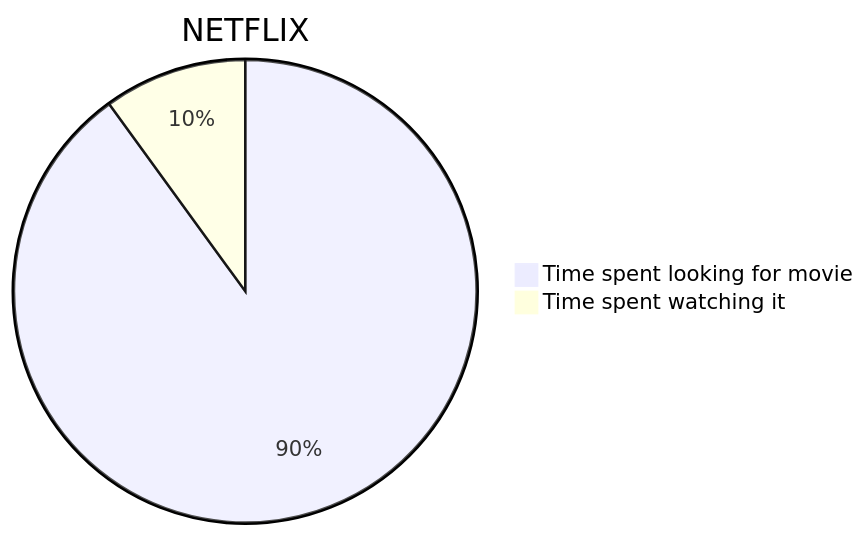
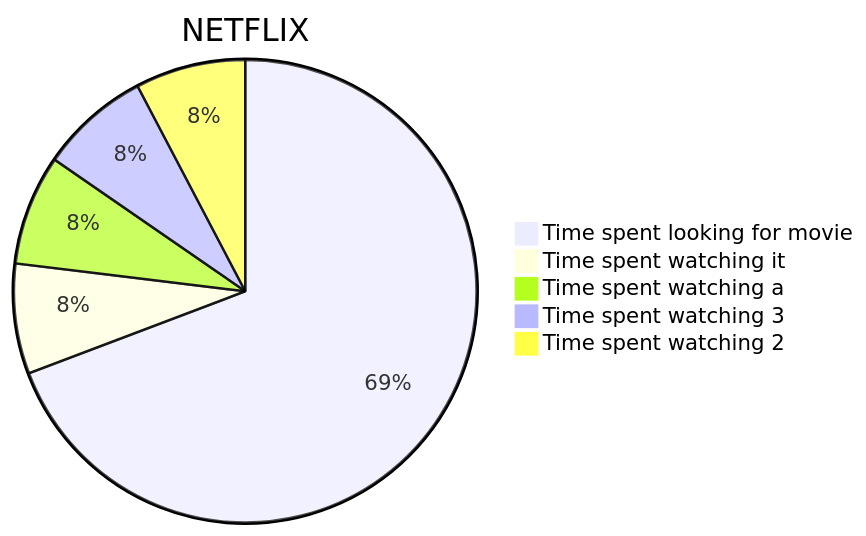
One commit to henriquecustodia/blog changed the second of 2 diagrams in src/posts/a-post-with-mermaid-charts.md. Above: the diagram before and after it, drawn with Mermaid. The commit also changed other lines of this file and 17 other files, not shown here.

````diff
--- a/src/posts/a-post-with-mermaid-charts.md
+++ b/src/posts/a-post-with-mermaid-charts.md
@@ -21,5 +22,8 @@
 ```mermaid
 pie title NETFLIX
          "Time spent looking for movie" : 90
          "Time spent watching it" : 10
+         "Time spent watching a" : 10
+         "Time spent watching 3" : 10
+         "Time spent watching 2" : 10
 ```
````
